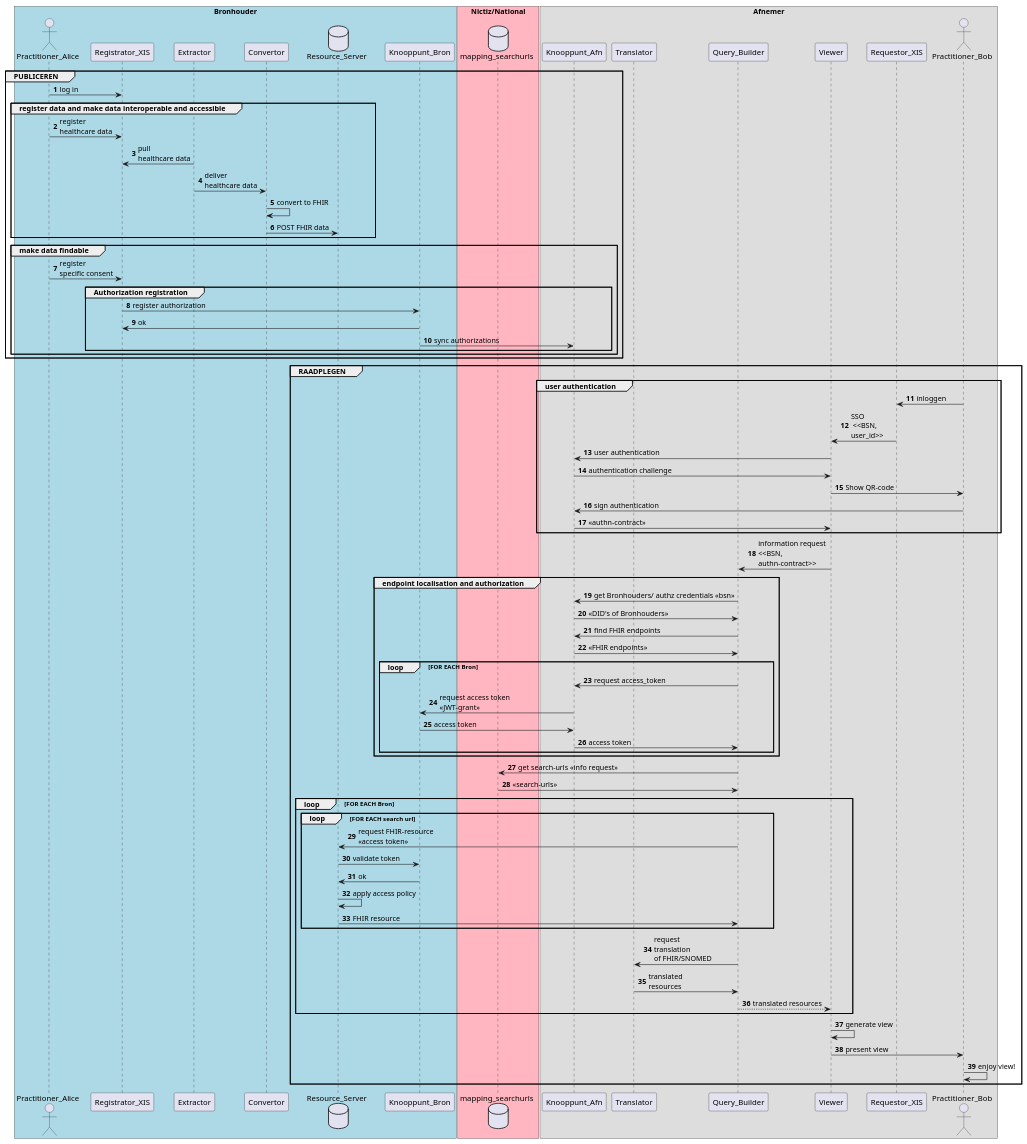
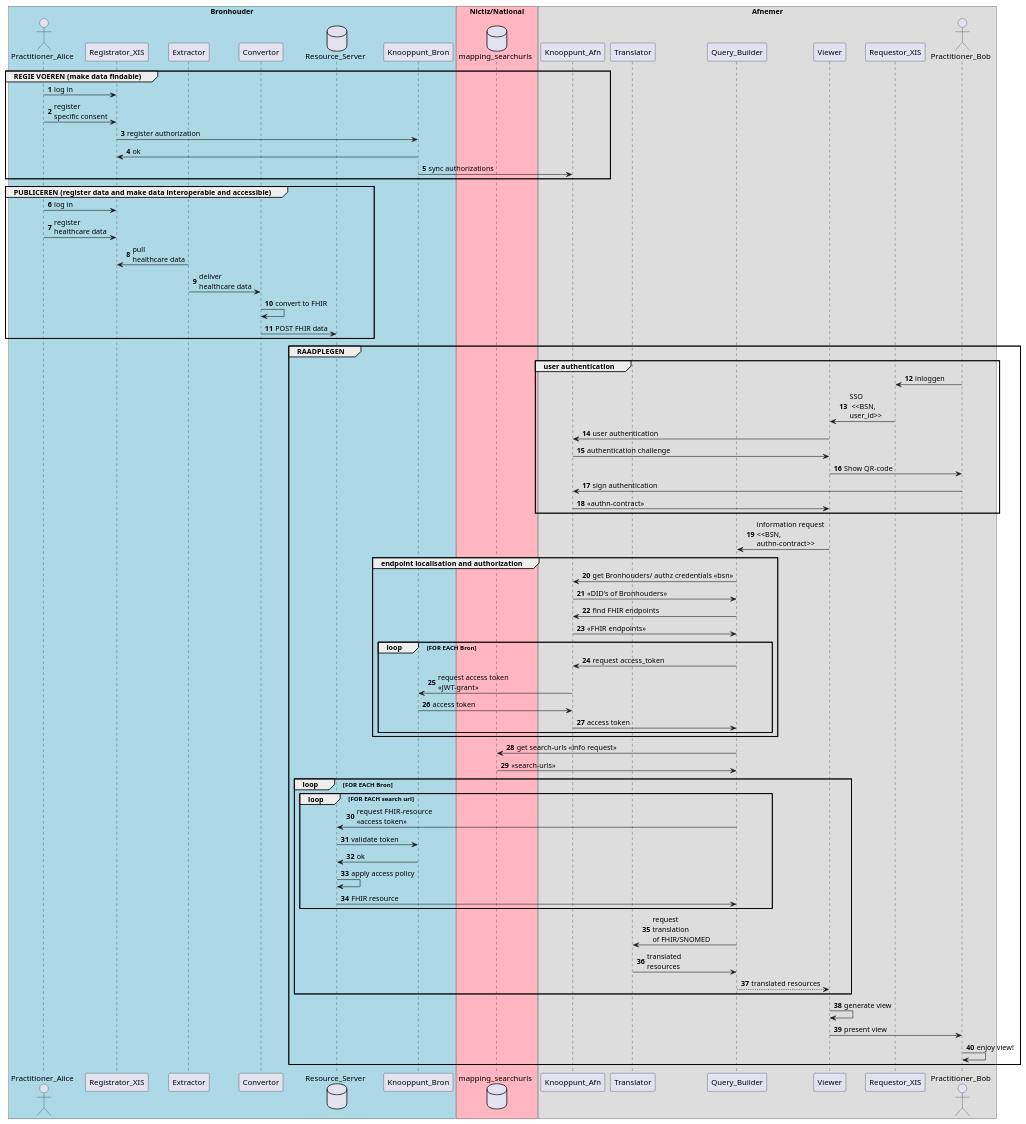
Before and after one commit to jorritspee/plantuml-zorginzage-babyconnect: the diagram in sequence-diagram-zorginzage-babyconnect.puml, drawn with PlantUML.

Commit message:
split REGIE VOEREN from PUBLICEREN

```diff
--- a/sequence-diagram-zorginzage-babyconnect.puml
+++ b/sequence-diagram-zorginzage-babyconnect.puml
@@ -1,90 +1,87 @@
 @startuml
 autonumber
 box "Bronhouder" #LightBlue
 actor Practitioner_Alice
 participant Registrator_XIS
 participant Extractor
 participant Convertor
 database Resource_Server
 participant Knooppunt_Bron
 end box
 
 box "Nictiz/National" #LightPink
 database mapping_searchurls
 end box
 
 box "Afnemer"
 participant Knooppunt_Afn
 participant Translator
 participant Query_Builder
 participant Viewer
 participant Requestor_XIS
 actor Practitioner_Bob
 end box
 
-group PUBLICEREN
+group REGIE VOEREN (make data findable)
   Practitioner_Alice -> Registrator_XIS : log in
-  group register data and make data interoperable and accessible
-    Practitioner_Alice -> Registrator_XIS : register\nhealthcare data
-    Registrator_XIS <- Extractor: pull\nhealthcare data
-    Extractor -> Convertor: deliver\nhealthcare data
-    Convertor -> Convertor : convert to FHIR
-    Convertor -> Resource_Server : POST FHIR data
-  end
+  Practitioner_Alice -> Registrator_XIS : register\nspecific consent
+  Registrator_XIS -> Knooppunt_Bron : register authorization
+  Registrator_XIS <- Knooppunt_Bron : ok
+  Knooppunt_Bron -> Knooppunt_Afn : sync authorizations
+end group
 
-  group make data findable
-    Practitioner_Alice -> Registrator_XIS : register\nspecific consent
-    group Authorization registration
-      Registrator_XIS -> Knooppunt_Bron : register authorization
-      Registrator_XIS <- Knooppunt_Bron : ok
-      Knooppunt_Bron -> Knooppunt_Afn : sync authorizations
-    end
-  end
+group PUBLICEREN (register data and make data interoperable and accessible)
+  Practitioner_Alice -> Registrator_XIS : log in
+  Practitioner_Alice -> Registrator_XIS : register\nhealthcare data
+  Registrator_XIS <- Extractor: pull\nhealthcare data
+  Extractor -> Convertor: deliver\nhealthcare data
+  Convertor -> Convertor : convert to FHIR
+  Convertor -> Resource_Server : POST FHIR data
 end
 
 group RAADPLEGEN
   group user authentication
     Practitioner_Bob -> Requestor_XIS : inloggen
     Requestor_XIS -> Viewer: SSO\n <<BSN,\nuser_id>>
     Viewer -> Knooppunt_Afn : user authentication
     Knooppunt_Afn -> Viewer : authentication challenge
     Viewer -> Practitioner_Bob : Show QR-code
     Practitioner_Bob -> Knooppunt_Afn: sign authentication
     Knooppunt_Afn -> Viewer : <<authn-contract>>
   end
   Viewer -> Query_Builder : information request\n<<BSN,\nauthn-contract>>
   
   group endpoint localisation and authorization
     Query_Builder -> Knooppunt_Afn : get Bronhouders/ authz credentials <<bsn>>
     Query_Builder <- Knooppunt_Afn : <<DID's of Bronhouders>>
     Query_Builder -> Knooppunt_Afn : find FHIR endpoints
     Query_Builder <- Knooppunt_Afn : <<FHIR endpoints>>
     
     loop FOR EACH Bron
     Query_Builder -> Knooppunt_Afn : request access_token
     Knooppunt_Afn -> Knooppunt_Bron : request access token\n<<JWT-grant>>
     Knooppunt_Afn <- Knooppunt_Bron: access token
     Query_Builder <- Knooppunt_Afn : access token
     end
   end 
 
   Query_Builder ->  mapping_searchurls : get search-urls <<info request>>
   Query_Builder <-  mapping_searchurls : <<search-urls>>
   
   loop FOR EACH Bron
     loop FOR EACH search url
       Query_Builder -> Resource_Server : request FHIR-resource\n<<access token>>
       Resource_Server -> Knooppunt_Bron: validate token
       Resource_Server <- Knooppunt_Bron: ok
       Resource_Server -> Resource_Server: apply access policy
       Query_Builder <- Resource_Server : FHIR resource
     end
     Query_Builder -> Translator: request\ntranslation\nof FHIR/SNOMED
     Query_Builder <- Translator: translated\nresources
     Query_Builder --> Viewer: translated resources
   end
   Viewer -> Viewer : generate view
   Viewer -> Practitioner_Bob: present view
   Practitioner_Bob -> Practitioner_Bob: enjoy view!
 end
 @enduml
```
